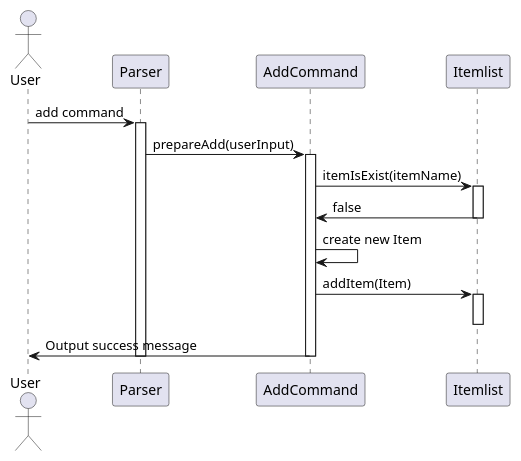
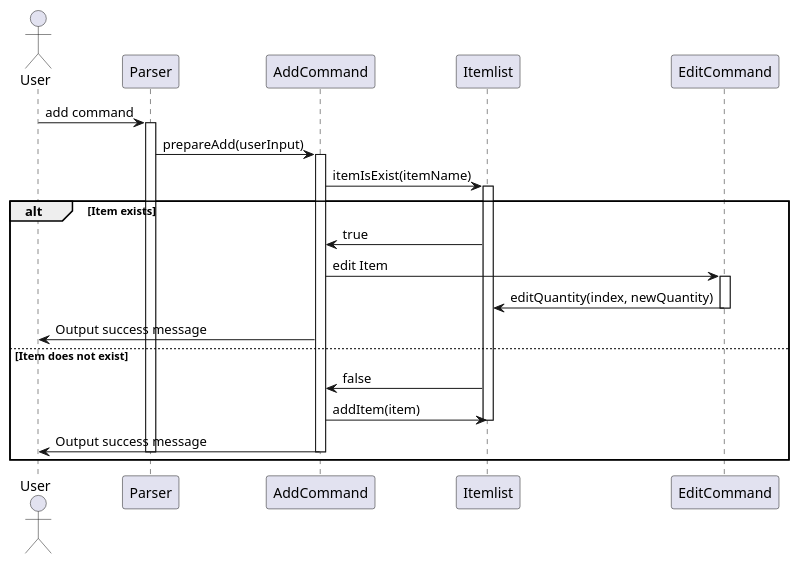
Before and after one commit to LowTL/tp: the diagram in docs/Diagrams/PUML files/AddCommand_SequenceDiagram.puml, drawn with PlantUML. The commit also changed 3 other files, not shown here.

Commit message:
edit add command sequence diagram

```diff
--- a/docs/Diagrams/PUML files/AddCommand_SequenceDiagram.puml
+++ b/docs/Diagrams/PUML files/AddCommand_SequenceDiagram.puml
@@ -1,25 +1,32 @@
 @startuml
 
 actor User
 participant "Parser" as Parser
 participant "AddCommand" as AddCommand
 participant "Itemlist" as Itemlist
+participant "EditCommand" as EditCommand
 
 User -> Parser: add command
 activate Parser
 
 Parser -> AddCommand: prepareAdd(userInput)
 activate AddCommand
 AddCommand -> Itemlist: itemIsExist(itemName)
 activate Itemlist
+alt Item exists
+    Itemlist -> AddCommand: true
+    AddCommand -> EditCommand: edit Item
+    activate EditCommand
+    EditCommand -> Itemlist: editQuantity(index, newQuantity)
+    deactivate EditCommand
+    AddCommand -> User: Output success message
+else Item does not exist
 Itemlist -> AddCommand: false
-deactivate Itemlist
-AddCommand -> AddCommand: create new Item
-AddCommand -> Itemlist: addItem(Item)
-activate Itemlist
-deactivate Itemlist
+    AddCommand -> Itemlist: addItem(item)
+    deactivate Itemlist
+
 AddCommand -> User: Output success message
 deactivate AddCommand
 deactivate Parser
-
+end
 @enduml
```
